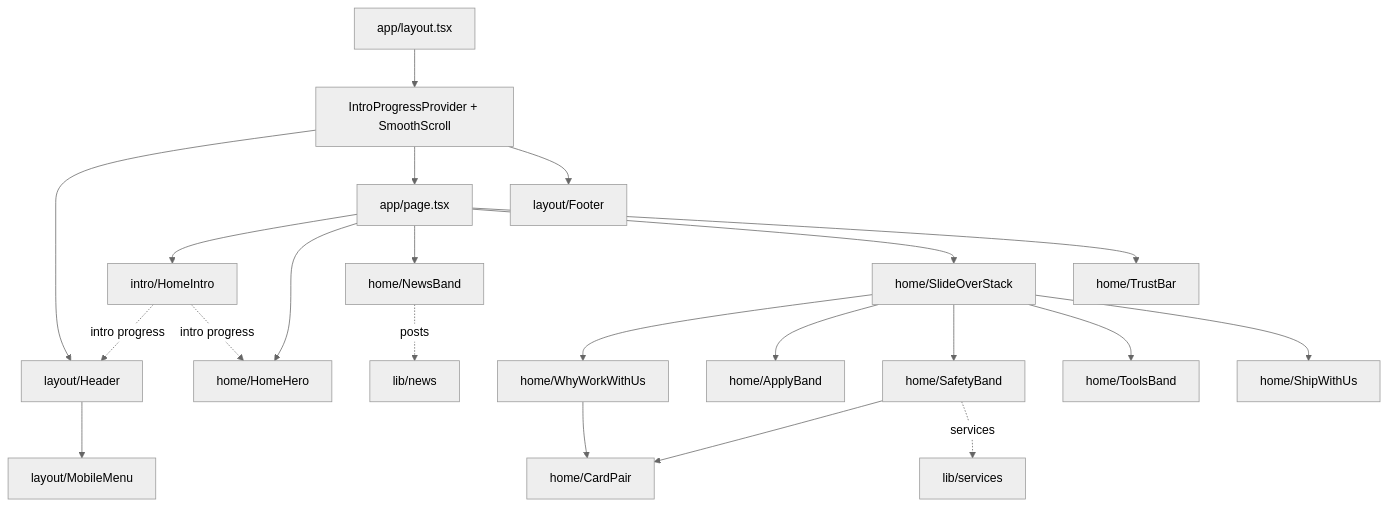
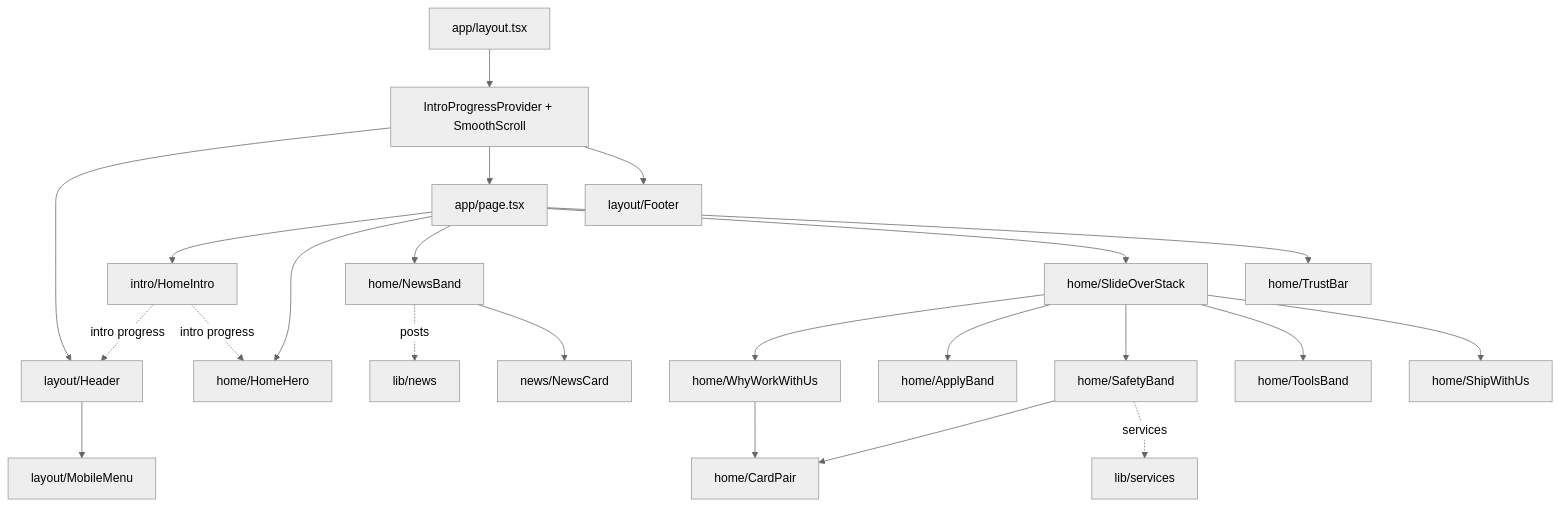
The diagram in docs/NAVIGATION.md (stadlerv3311/laughing-dollop), drawn with Mermaid (neutral theme) before and after one commit. The commit also changed other lines of this file and 11 other files, not shown here.

````diff
--- a/docs/NAVIGATION.md
+++ b/docs/NAVIGATION.md
@@ -69,24 +69,25 @@
 ```mermaid
 flowchart TD
   Layout["app/layout.tsx"] --> Providers["IntroProgressProvider + SmoothScroll"]
   Providers --> Header["layout/Header"]
   Providers --> Page["app/page.tsx"]
   Providers --> Footer["layout/Footer"]
   Header --> MobileMenu["layout/MobileMenu"]
   Page --> HomeIntro["intro/HomeIntro"]
   Page --> HomeHero["home/HomeHero"]
   SlideOverStack --> WhyWorkWithUs["home/WhyWorkWithUs"]
   SlideOverStack --> ApplyBand["home/ApplyBand"]
   Page --> NewsBand["home/NewsBand"]
   NewsBand -. "posts" .-> News["lib/news"]
+  NewsBand --> NewsCard["news/NewsCard"]
   Page --> SlideOverStack["home/SlideOverStack"]
   SlideOverStack --> SafetyBand["home/SafetyBand"]
   SlideOverStack --> ToolsBand["home/ToolsBand"]
   SlideOverStack --> ShipWithUs["home/ShipWithUs"]
   SafetyBand --> CardPair["home/CardPair"]
   SafetyBand -. "services" .-> Services["lib/services"]
   WhyWorkWithUs --> CardPair
   Page --> TrustBar["home/TrustBar"]
   HomeIntro -. "intro progress" .-> Header
   HomeIntro -. "intro progress" .-> HomeHero
 ```
````
